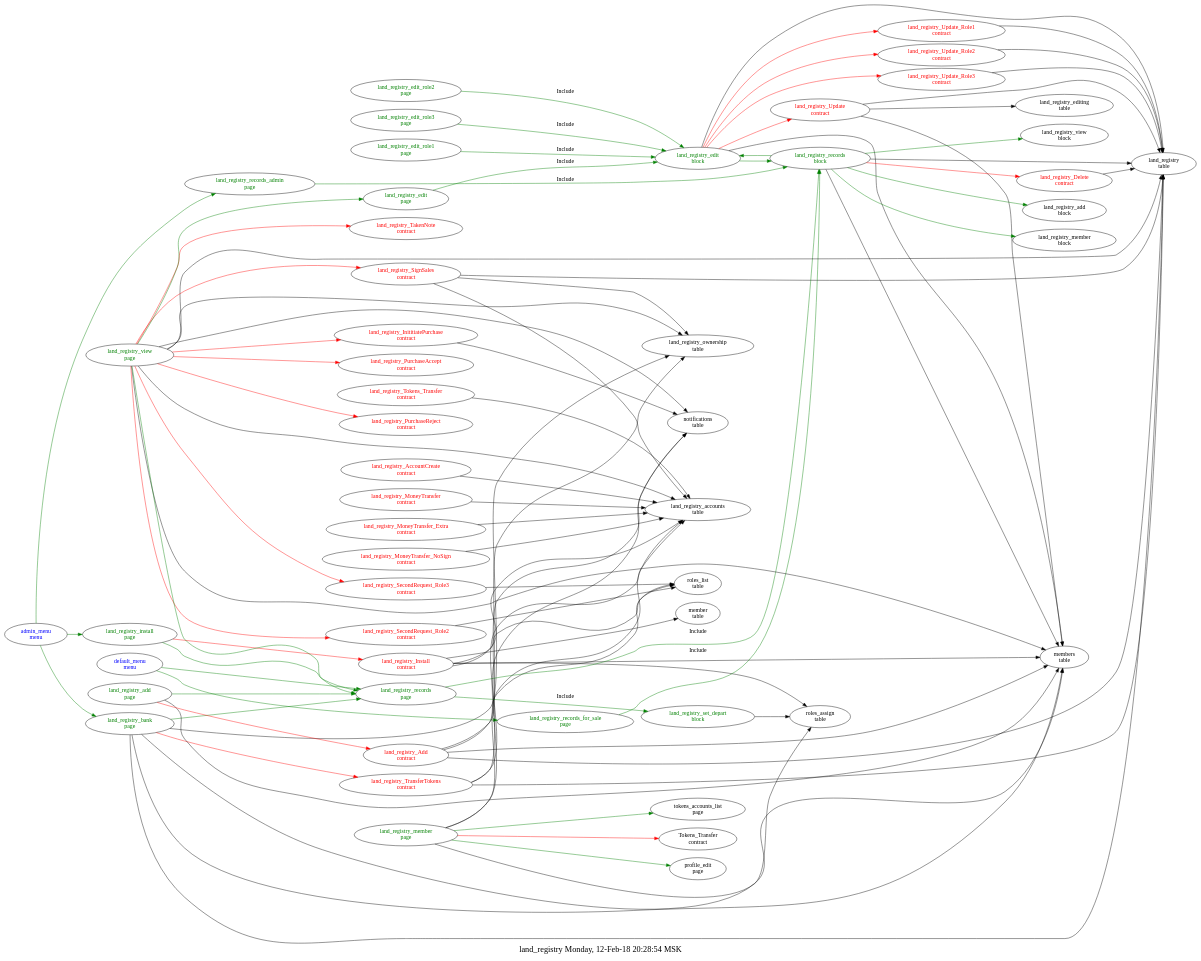
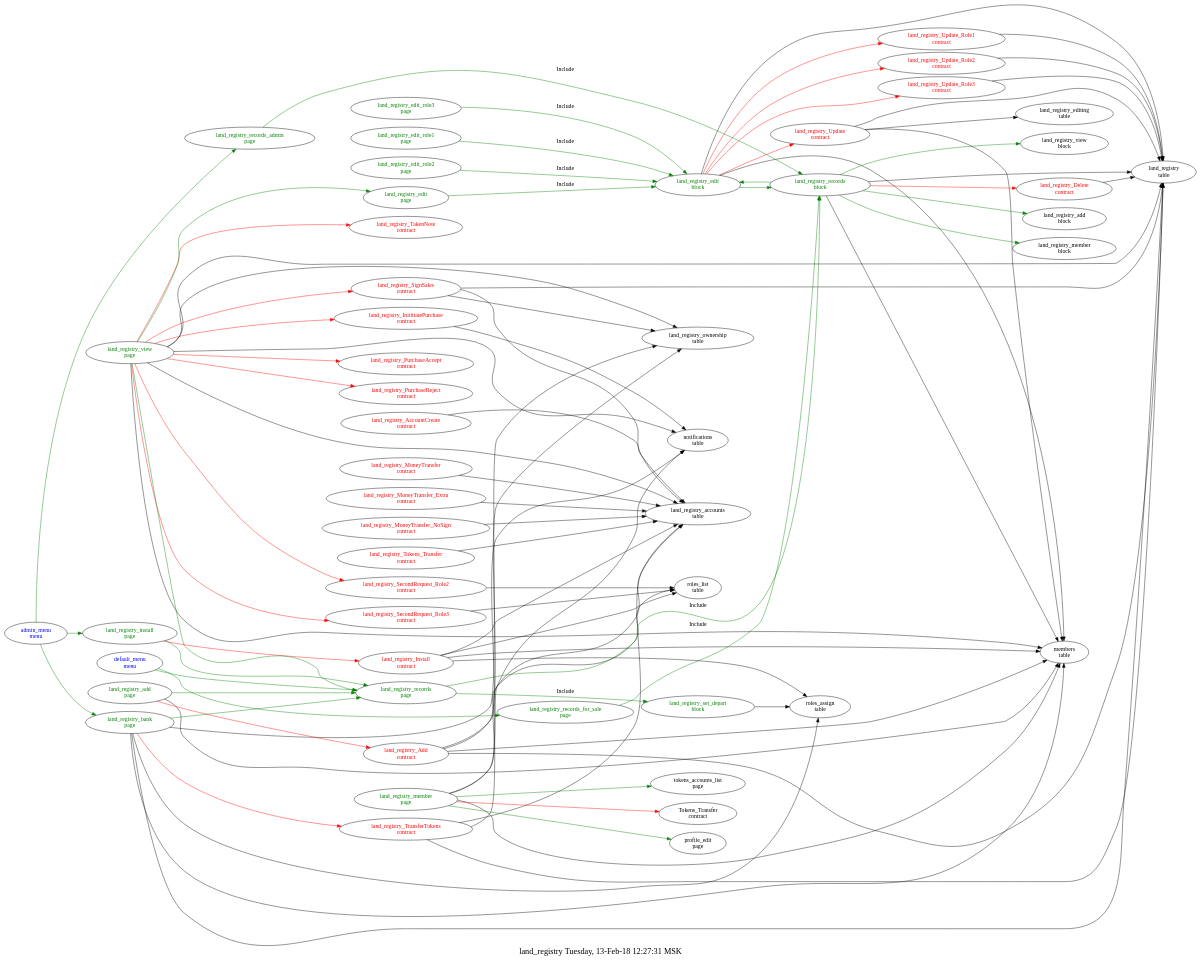
The diagram in src/land_registry/struct.dot (AplaProject/apps), drawn with Graphviz before and after one commit. The commit also changed 3 other files, not shown here.

```diff
--- a/src/land_registry/struct.dot
+++ b/src/land_registry/struct.dot
@@ -1,131 +1,130 @@
 digraph G {
 fontsize="20.0";
-label="land_registry Monday, 12-Feb-18 20:28:54 MSK";
+label="land_registry Tuesday, 13-Feb-18 12:27:31 MSK";
 rankdir=LR;
 "land_registry_edit\nblock" -> "land_registry_Update_Role1\ncontract"  [ color=red ]
 "land_registry_edit\nblock" -> "land_registry_Update_Role2\ncontract"  [ color=red ]
 "land_registry_edit\nblock" -> "land_registry_Update_Role3\ncontract"  [ color=red ]
 "land_registry_edit\nblock" -> "land_registry_Update\ncontract"  [ color=red ]
 "land_registry_edit\nblock" -> "land_registry\ntable"
 "land_registry_edit\nblock" -> "members\ntable"
 "land_registry_edit\nblock" -> "land_registry_records\nblock"  [ color=green ]
 "land_registry_edit\nblock" [fontcolor=green, group=blocks];
 "land_registry_records\nblock" -> "land_registry_Delete\ncontract"  [ color=red ]
 "land_registry_records\nblock" -> "land_registry\ntable"
 "land_registry_records\nblock" -> "members\ntable"
 "land_registry_records\nblock" -> "land_registry_member\nblock"  [ color=green ]
 "land_registry_records\nblock" -> "land_registry_view\nblock"  [ color=green ]
 "land_registry_records\nblock" -> "land_registry_edit\nblock"  [ color=green ]
 "land_registry_records\nblock" -> "land_registry_add\nblock"  [ color=green ]
 "land_registry_records\nblock" [fontcolor=green, group=blocks];
 "land_registry_set_depart\nblock" -> "roles_assign\ntable"
 "land_registry_set_depart\nblock" [fontcolor=green, group=blocks];
 "land_registry_AccountCreate\ncontract" -> "land_registry_accounts\ntable"
 "land_registry_AccountCreate\ncontract" [fontcolor=red, group=contracts];
 "land_registry_Add\ncontract" -> "members\ntable"
 "land_registry_Add\ncontract" -> "roles_list\ntable"
 "land_registry_Add\ncontract" -> "land_registry\ntable"
 "land_registry_Add\ncontract" -> "land_registry_ownership\ntable"
 "land_registry_Add\ncontract" [fontcolor=red, group=contracts];
 "land_registry_Delete\ncontract" -> "land_registry\ntable"
 "land_registry_Delete\ncontract" [fontcolor=red, group=contracts];
 "land_registry_InititiatePurchase\ncontract" -> "notifications\ntable"
 "land_registry_InititiatePurchase\ncontract" [fontcolor=red, group=contracts];
-"land_registry_Install\ncontract" -> "member\ntable"
 "land_registry_Install\ncontract" -> "members\ntable"
 "land_registry_Install\ncontract" -> "land_registry_accounts\ntable"
 "land_registry_Install\ncontract" -> "roles_list\ntable"
 "land_registry_Install\ncontract" -> "roles_assign\ntable"
 "land_registry_Install\ncontract" [fontcolor=red, group=contracts];
 "land_registry_MoneyTransfer\ncontract" -> "land_registry_accounts\ntable"
 "land_registry_MoneyTransfer\ncontract" [fontcolor=red, group=contracts];
 "land_registry_MoneyTransfer_Extra\ncontract" -> "land_registry_accounts\ntable"
 "land_registry_MoneyTransfer_Extra\ncontract" [fontcolor=red, group=contracts];
 "land_registry_MoneyTransfer_NoSign\ncontract" -> "land_registry_accounts\ntable"
 "land_registry_MoneyTransfer_NoSign\ncontract" [fontcolor=red, group=contracts];
 "land_registry_PurchaseAccept\ncontract" [fontcolor=red, group=contracts];
 "land_registry_PurchaseReject\ncontract" [fontcolor=red, group=contracts];
 "land_registry_SecondRequest_Role2\ncontract" -> "roles_list\ntable"
 "land_registry_SecondRequest_Role2\ncontract" [fontcolor=red, group=contracts];
 "land_registry_SecondRequest_Role3\ncontract" -> "roles_list\ntable"
 "land_registry_SecondRequest_Role3\ncontract" [fontcolor=red, group=contracts];
 "land_registry_SignSales\ncontract" -> "land_registry_ownership\ntable"
 "land_registry_SignSales\ncontract" -> "land_registry\ntable"
 "land_registry_SignSales\ncontract" -> "land_registry_accounts\ntable"
 "land_registry_SignSales\ncontract" [fontcolor=red, group=contracts];
 "land_registry_TakenNote\ncontract" [fontcolor=red, group=contracts];
 "land_registry_Tokens_Transfer\ncontract" -> "land_registry_accounts\ntable"
 "land_registry_Tokens_Transfer\ncontract" [fontcolor=red, group=contracts];
 "land_registry_TransferTokens\ncontract" -> "notifications\ntable"
 "land_registry_TransferTokens\ncontract" -> "land_registry\ntable"
 "land_registry_TransferTokens\ncontract" -> "land_registry_accounts\ntable"
 "land_registry_TransferTokens\ncontract" [fontcolor=red, group=contracts];
 "land_registry_Update\ncontract" -> "land_registry\ntable"
 "land_registry_Update\ncontract" -> "members\ntable"
 "land_registry_Update\ncontract" -> "land_registry_editing\ntable"
 "land_registry_Update\ncontract" [fontcolor=red, group=contracts];
 "land_registry_Update_Role1\ncontract" -> "land_registry\ntable"
 "land_registry_Update_Role1\ncontract" [fontcolor=red, group=contracts];
 "land_registry_Update_Role2\ncontract" -> "land_registry\ntable"
 "land_registry_Update_Role2\ncontract" [fontcolor=red, group=contracts];
 "land_registry_Update_Role3\ncontract" -> "land_registry\ntable"
 "land_registry_Update_Role3\ncontract" [fontcolor=red, group=contracts];
 "admin_menu\nmenu" -> "land_registry_records_admin\npage"  [ color=green ]
 "admin_menu\nmenu" -> "land_registry_bank\npage"  [ color=green ]
 "admin_menu\nmenu" -> "land_registry_install\npage"  [ color=green ]
 "admin_menu\nmenu" [fontcolor=blue, group=menus];
 "default_menu\nmenu" -> "land_registry_records\npage"  [ color=green ]
 "default_menu\nmenu" -> "land_registry_records_for_sale\npage"  [ color=green ]
 "default_menu\nmenu" [fontcolor=blue, group=menus];
 "land_registry_add\npage" -> "land_registry_Add\ncontract"  [ color=red ]
 "land_registry_add\npage" -> "members\ntable"
 "land_registry_add\npage" -> "land_registry_records\npage"  [ color=green ]
 "land_registry_add\npage" [fontcolor=green, group=pages];
 "land_registry_bank\npage" -> "land_registry_TransferTokens\ncontract"  [ color=red ]
 "land_registry_bank\npage" -> "land_registry_ownership\ntable"
 "land_registry_bank\npage" -> "land_registry\ntable"
 "land_registry_bank\npage" -> "roles_assign\ntable"
 "land_registry_bank\npage" -> "members\ntable"
 "land_registry_bank\npage" -> "land_registry_records\npage"  [ color=green ]
 "land_registry_bank\npage" [fontcolor=green, group=pages];
 "land_registry_edit\npage" -> "land_registry_edit\nblock"  [ color=green, label=Include ]
 "land_registry_edit\npage" [fontcolor=green, group=pages];
 "land_registry_edit_role1\npage" -> "land_registry_edit\nblock"  [ color=green, label=Include ]
 "land_registry_edit_role1\npage" [fontcolor=green, group=pages];
 "land_registry_edit_role2\npage" -> "land_registry_edit\nblock"  [ color=green, label=Include ]
 "land_registry_edit_role2\npage" [fontcolor=green, group=pages];
 "land_registry_edit_role3\npage" -> "land_registry_edit\nblock"  [ color=green, label=Include ]
 "land_registry_edit_role3\npage" [fontcolor=green, group=pages];
 "land_registry_install\npage" -> "land_registry_Install\ncontract"  [ color=red ]
 "land_registry_install\npage" -> "land_registry_records\npage"  [ color=green ]
 "land_registry_install\npage" [fontcolor=green, group=pages];
 "land_registry_member\npage" -> "Tokens_Transfer\ncontract"  [ color=red ]
 "land_registry_member\npage" -> "members\ntable"
 "land_registry_member\npage" -> "notifications\ntable"
 "land_registry_member\npage" -> "land_registry_accounts\ntable"
 "land_registry_member\npage" -> "profile_edit\npage"  [ color=green ]
 "land_registry_member\npage" -> "tokens_accounts_list\npage"  [ color=green ]
 "land_registry_member\npage" [fontcolor=green, group=pages];
 "land_registry_records\npage" -> "land_registry_set_depart\nblock"  [ color=green, label=Include ]
 "land_registry_records\npage" -> "land_registry_records\nblock"  [ color=green, label=Include ]
 "land_registry_records\npage" [fontcolor=green, group=pages];
 "land_registry_records_admin\npage" -> "land_registry_records\nblock"  [ color=green, label=Include ]
 "land_registry_records_admin\npage" [fontcolor=green, group=pages];
 "land_registry_records_for_sale\npage" -> "land_registry_records\nblock"  [ color=green, label=Include ]
 "land_registry_records_for_sale\npage" [fontcolor=green, group=pages];
 "land_registry_view\npage" -> "land_registry_SecondRequest_Role2\ncontract"  [ color=red ]
 "land_registry_view\npage" -> "land_registry_SecondRequest_Role3\ncontract"  [ color=red ]
 "land_registry_view\npage" -> "land_registry_InititiatePurchase\ncontract"  [ color=red ]
 "land_registry_view\npage" -> "land_registry_PurchaseReject\ncontract"  [ color=red ]
 "land_registry_view\npage" -> "land_registry_PurchaseAccept\ncontract"  [ color=red ]
 "land_registry_view\npage" -> "land_registry_SignSales\ncontract"  [ color=red ]
 "land_registry_view\npage" -> "land_registry_TakenNote\ncontract"  [ color=red ]
 "land_registry_view\npage" -> "land_registry\ntable"
 "land_registry_view\npage" -> "land_registry_ownership\ntable"
 "land_registry_view\npage" -> "members\ntable"
 "land_registry_view\npage" -> "notifications\ntable"
 "land_registry_view\npage" -> "land_registry_accounts\ntable"
 "land_registry_view\npage" -> "land_registry_records\npage"  [ color=green ]
 "land_registry_view\npage" -> "land_registry_edit\npage"  [ color=green ]
 "land_registry_view\npage" [fontcolor=green, group=pages];
 }
```
